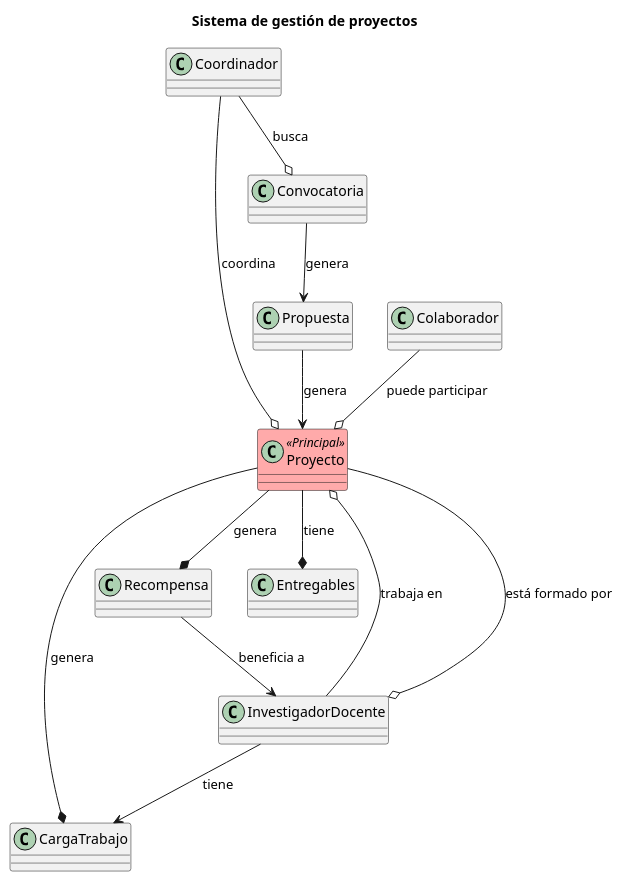
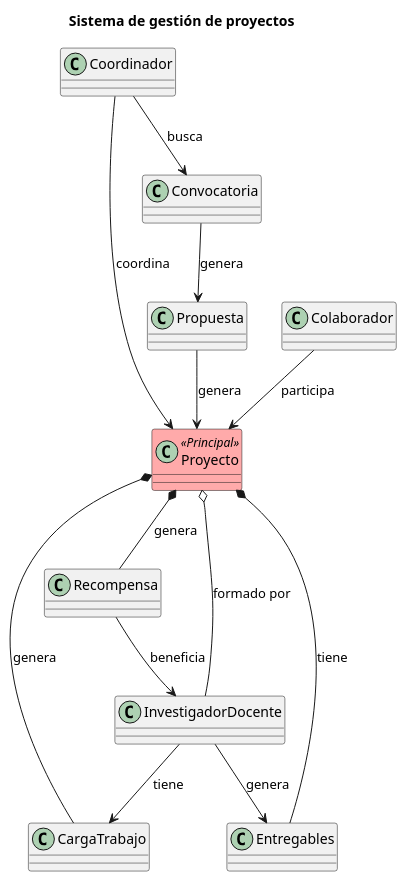
One commit to 31Diego/25-26-IdSw1-SdR changed the diagram in documentación/ModeloDelDominio/Diagramas/Clases/DiagramaClasesProyecto.puml. Above: the diagram before and after it, drawn with PlantUML. The commit also changed 10 other files, not shown here.

Commit message:
corrección errores en las relaciones de los diagramas

```diff
--- a/documentación/ModeloDelDominio/Diagramas/Clases/DiagramaClasesProyecto.puml
+++ b/documentación/ModeloDelDominio/Diagramas/Clases/DiagramaClasesProyecto.puml
@@ -1,92 +1,57 @@
 @startuml DiagramaClasesProyecto
 
-title: Sistema de gestión de proyectos
+title Sistema de gestión de proyectos
+
+class Proyecto <<Principal>> #FFAAAA {
+}
+
+class Convocatoria {
+}
+
+class Propuesta {
+}
+
+class InvestigadorDocente {
+}
+
+class Coordinador {
+}
+
+class Colaborador {
+}
+
+class CargaTrabajo {
+}
+
+class Entregables {
+}
+
+class Recompensa {
+}
+
+'--- Convocatoria y Propuesta ---
+Convocatoria --> Propuesta : genera
+Propuesta --> Proyecto : genera
+
+'--- Proyecto con sus partes ---
+Proyecto o-- InvestigadorDocente : formado por
+Proyecto *-- Entregables : tiene
+Proyecto *-- CargaTrabajo : genera
+Proyecto *-- Recompensa : genera
+
+'--- Coordinador ---
+Coordinador --> Proyecto : coordina
+Coordinador --> Convocatoria : busca
+
+'--- Colaborador (solo participa, NO es parte del proyecto) ---
+Colaborador --> Proyecto : participa
+
+'--- Investigador y otros elementos ---
+InvestigadorDocente --> CargaTrabajo : tiene
+InvestigadorDocente --> Entregables : genera
 
 
-class Proyecto <<Principal>> #FFAAAA{
-
-}
-
-class Convocatoria{
-
-}
-
-class Propuesta{
-
-}
-
-
-
-
-
-class InvestigadorDocente{
-
-}
-
-class Coordinador{
-
-}
-
-
-class Colaborador{
-
-}
-
-
-
-
-
-
-class CargaTrabajo{
-
-}
-
-class Entregables{
-
-}
-
-class Recompensa{
-
-}
-
-
-
-Convocatoria --> Propuesta: genera
-Propuesta --> Proyecto: genera
-
-Proyecto --o InvestigadorDocente: está formado por
-Proyecto --* Entregables: tiene
-Proyecto --* CargaTrabajo: genera
-Proyecto --* Recompensa: genera
-
-Coordinador --o Proyecto: coordina
-Coordinador --o Convocatoria: busca
-
-
-
-Colaborador --o Proyecto: puede participar
-
-InvestigadorDocente --> CargaTrabajo: tiene
-InvestigadorDocente --o Proyecto: trabaja en
-
-Recompensa --> InvestigadorDocente: beneficia a
-
-
-
-
-
-
-
-
-
-
-
-
-
-
-
-
-
-
+'--- Recompensa sobre investigadores ---
+Recompensa --> InvestigadorDocente : beneficia
 
 @enduml
```
